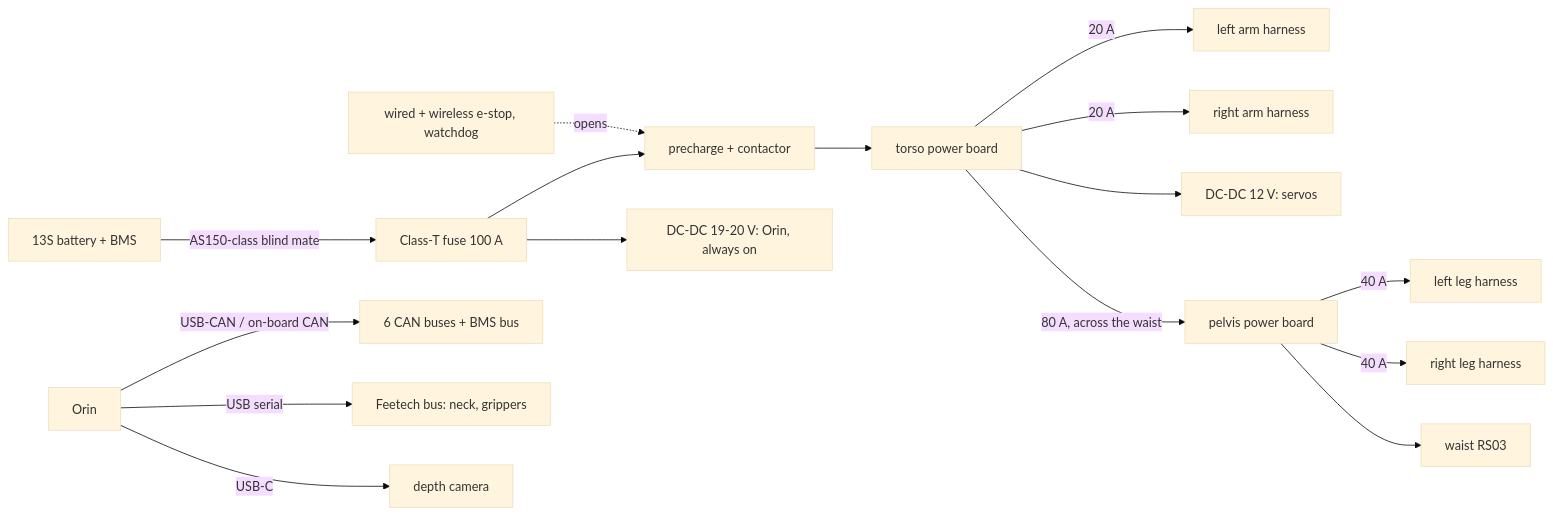
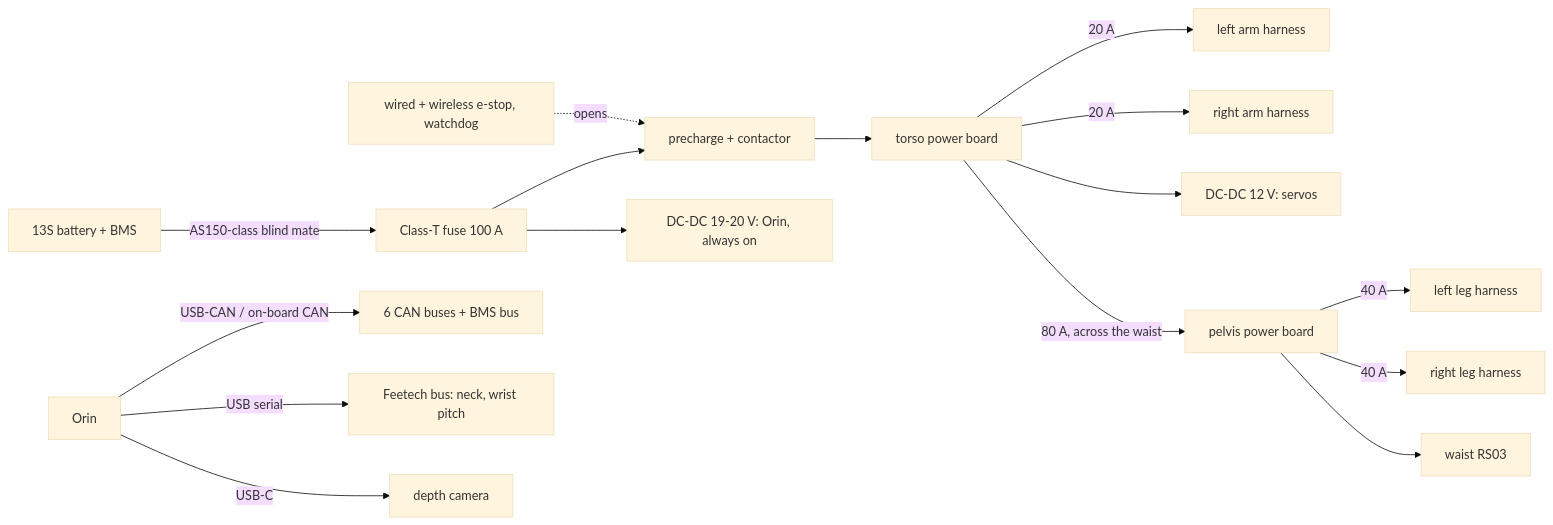
Before and after one commit to kranthie/marvin-bot: the diagram in docs/design/assembly_wiring.md, drawn with Mermaid (base theme). The commit also changed other lines of this file and 29 other files, not shown here.

First line of the commit message:
Four-finger hands on a wrist pitch joint; mass limit includes the shells

````diff
--- a/docs/design/assembly_wiring.md
+++ b/docs/design/assembly_wiring.md
@@ -50,18 +50,18 @@
 ```mermaid
 flowchart LR
   BAT[13S battery + BMS] -->|AS150-class blind mate| FUSE[Class-T fuse 100 A]
   FUSE --> PRE[precharge + contactor]
   ESTOP[wired + wireless e-stop, watchdog] -.opens.-> PRE
   FUSE --> DCC[DC-DC 19-20 V: Orin, always on]
   PRE --> TPDB[torso power board]
   TPDB -->|20 A| LARM[left arm harness]
   TPDB -->|20 A| RARM[right arm harness]
   TPDB --> DC12[DC-DC 12 V: servos]
   TPDB -->|80 A, across the waist| PPDB[pelvis power board]
   PPDB -->|40 A| LLEG[left leg harness]
   PPDB -->|40 A| RLEG[right leg harness]
   PPDB --> WAIST[waist RS03]
   ORIN[Orin] -->|USB-CAN / on-board CAN| BUSES[6 CAN buses + BMS bus]
-  ORIN -->|USB serial| SERVO[Feetech bus: neck, grippers]
+  ORIN -->|USB serial| SERVO[Feetech bus: neck, wrist pitch]
   ORIN -->|USB-C| CAM[depth camera]
 ```
````
